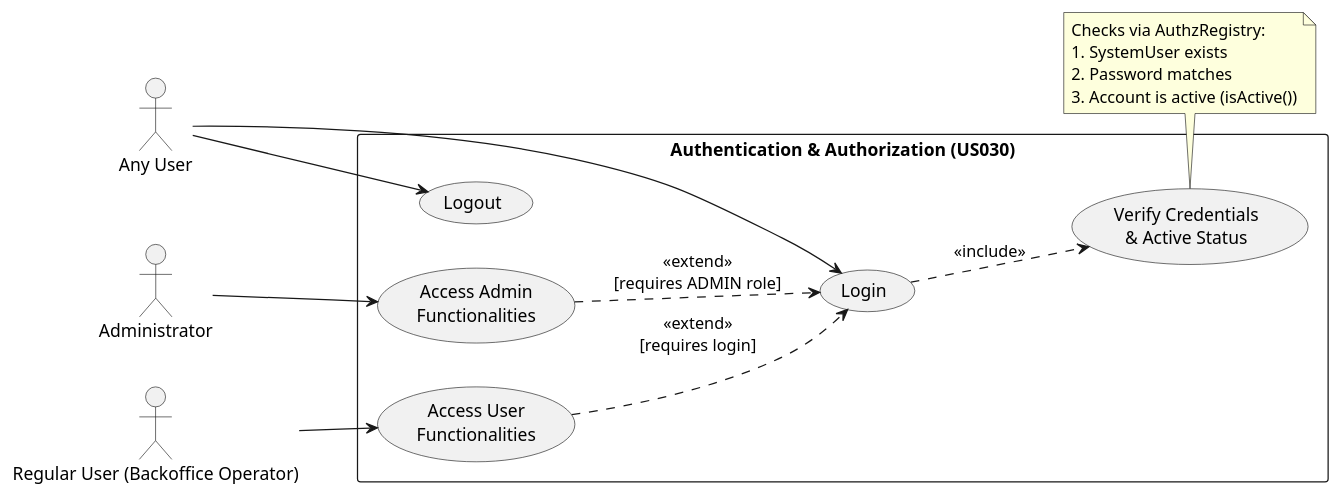
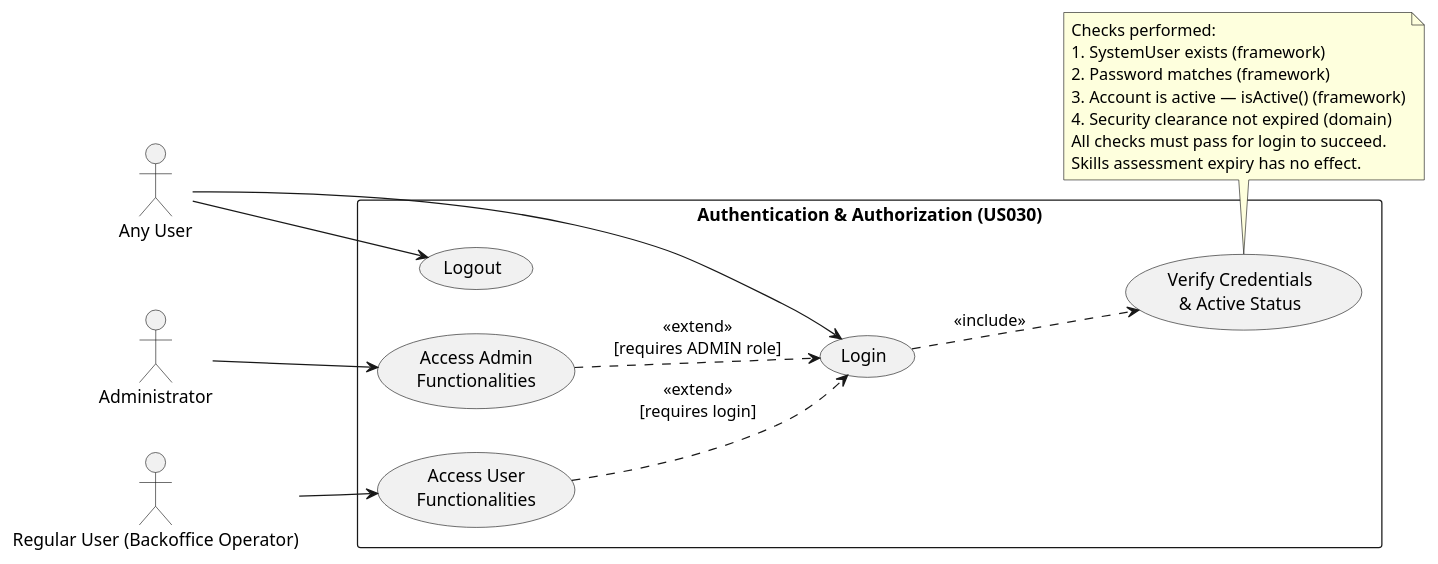
One commit to DuartePinto1240/sem4pi2526-sem4pi2526_2da2 changed the diagram in docs/Sprint 2/EAPLI/US030/puml/US030-user-case-diagram.puml. Above: the diagram before and after it, drawn with PlantUML. The commit also changed 19 other files, not shown here.

Commit message:
US030, US031, US033: Security clearance login check, UserDTO, updated tests and documentation.#5 , #6 and # 8

```diff
--- a/docs/Sprint 2/EAPLI/US030/puml/US030-user-case-diagram.puml
+++ b/docs/Sprint 2/EAPLI/US030/puml/US030-user-case-diagram.puml
@@ -1,33 +1,35 @@
 @startuml
 left to right direction
 
 actor "Any User" as U
 actor "Administrator" as A
 actor "Regular User (Backoffice Operator)" as RU
 
 rectangle "Authentication & Authorization (US030)" {
   usecase "Login" as UC_Login
   usecase "Logout" as UC_Logout
   usecase "Verify Credentials\n& Active Status" as UC_Verify
   usecase "Access Admin\nFunctionalities" as UC_Admin
   usecase "Access User\nFunctionalities" as UC_User
 }
 
 U --> UC_Login
 U --> UC_Logout
 
 A --> UC_Admin
 RU --> UC_User
 
 UC_Login ..> UC_Verify : <<include>>
 UC_Admin ..> UC_Login : <<extend>>\n[requires ADMIN role]
 UC_User  ..> UC_Login : <<extend>>\n[requires login]
 
 note bottom of UC_Verify
-  Checks via AuthzRegistry:
-  1. SystemUser exists
-  2. Password matches
-  3. Account is active (isActive())
+  Checks performed:
+  1. SystemUser exists (framework)
+  2. Password matches (framework)
+  3. Account is active — isActive() (framework)
+  4. Security clearance not expired (domain)
+  All checks must pass for login to succeed.
+  Skills assessment expiry has no effect.
 end note
-
 @enduml
```
